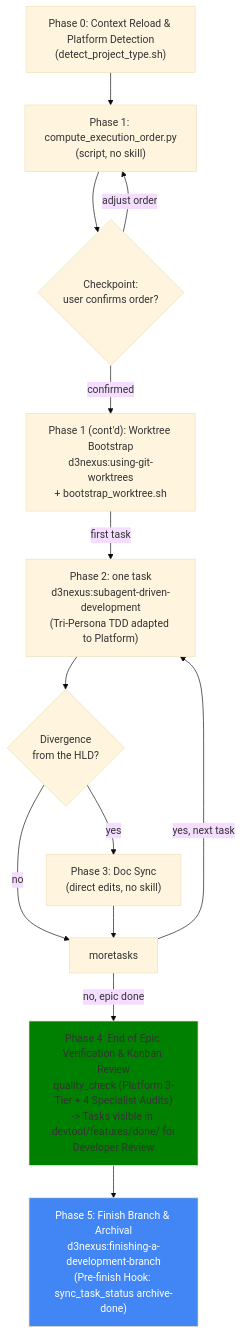
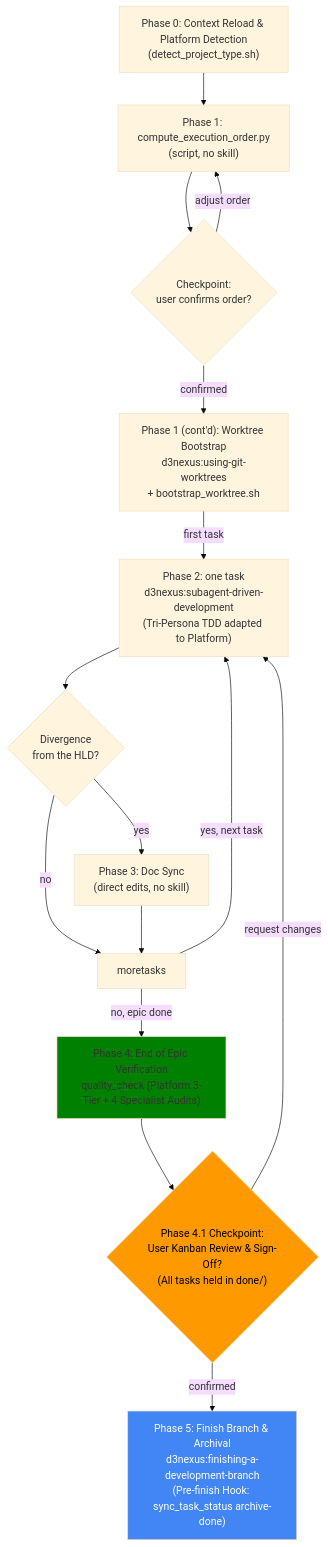
The diagram in skills/epic-implementation/SKILL.md (DanhDue/ai-agent-tools), drawn with Mermaid (base theme) before and after one commit. The commit also changed other lines of this file and 2 other files, not shown here.

First line of the commit message:
[EPIC_LIFECYCLE] Enforce Gate 5 Kanban review and 5-dimension BDD matrix

````diff
--- a/skills/epic-implementation/SKILL.md
+++ b/skills/epic-implementation/SKILL.md
@@ -41,27 +41,31 @@
 ```mermaid
 flowchart TB
     phase0["Phase 0: Context Reload & Platform Detection\n(detect_project_type.sh)"]
     phase1a["Phase 1: compute_execution_order.py\n(script, no skill)"]
     checkpoint{"Checkpoint:\nuser confirms order?"}
     phase1b["Phase 1 (cont'd): Worktree Bootstrap\nd3nexus:using-git-worktrees\n+ bootstrap_worktree.sh"]
     phase2["Phase 2: one task\nd3nexus:subagent-driven-development\n(Tri-Persona TDD adapted to Platform)"]
     diverged{"Divergence\nfrom the HLD?"}
     phase3["Phase 3: Doc Sync\n(direct edits, no skill)"]
-    phase4["Phase 4: End of Epic Verification & Kanban Review\nquality_check (Platform 3-Tier + 4 Specialist Audits)\n-> Tasks visible in .devtool/features/done/ for Developer Review"]
+    phase4["Phase 4: End of Epic Verification\nquality_check (Platform 3-Tier + 4 Specialist Audits)"]
+    checkpoint4{"Phase 4.1 Checkpoint:\nUser Kanban Review & Sign-Off?\n(All tasks held in done/)"}
     phase5["Phase 5: Finish Branch & Archival\nd3nexus:finishing-a-development-branch\n(Pre-finish Hook: sync_task_status archive-done)"]
     style phase4 fill:green
+    style checkpoint4 fill:#ff9900,color:#000
     style phase5 fill:#4285f4,color:#fff
 
     phase0 --> phase1a
     phase1a --> checkpoint
     checkpoint -- "adjust order" --> phase1a
     checkpoint -- "confirmed" --> phase1b
     phase1b -- "first task" --> phase2
     phase2 --> diverged
     diverged -- "yes" --> phase3
     diverged -- "no" --> moretasks
     phase3 --> moretasks
     moretasks -- "yes, next task" --> phase2
     moretasks -- "no, epic done" --> phase4
-    phase4 --> phase5
+    phase4 --> checkpoint4
+    checkpoint4 -- "request changes" --> phase2
+    checkpoint4 -- "confirmed" --> phase5
 ```
````
